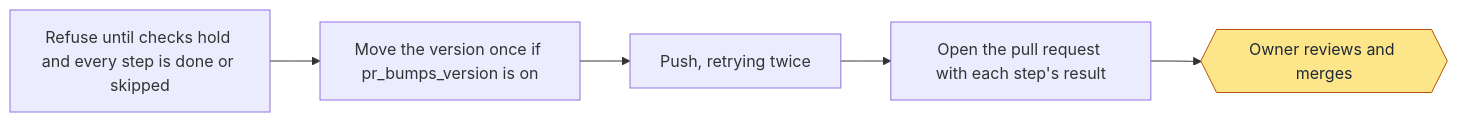
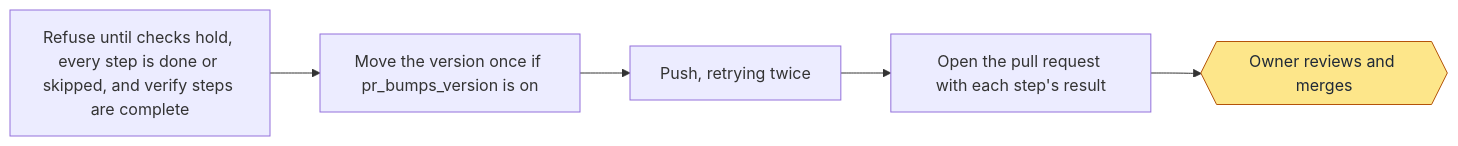
One commit to jcl2018/agent-workflow-template changed the eighth of 12 diagrams in docs/wiki/Delivery.md. Above: the diagram before and after it, drawn with Mermaid. The commit also changed other lines of this file and 32 other files, not shown here.

````diff
--- a/docs/wiki/Delivery.md
+++ b/docs/wiki/Delivery.md
@@ -211,14 +211,14 @@
 ```mermaid
 flowchart LR
-  a["Refuse until checks hold and every step is done or skipped"]
+  a["Refuse until checks hold, every step is done or skipped, and verify steps are complete"]
   b["Move the version once if pr_bumps_version is on"]
   c["Push, retrying twice"]
   d["Open the pull request with each step's result"]
   o{{"Owner reviews and merges"}}
   a --> b
   b --> c
   c --> d
   d --> o
   classDef owner fill:#fde68a,stroke:#b45309,color:#1f2937
   class o owner
 ```
````
